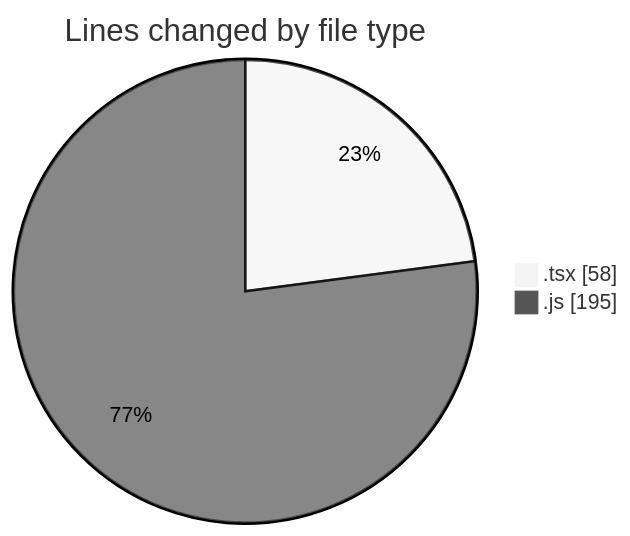
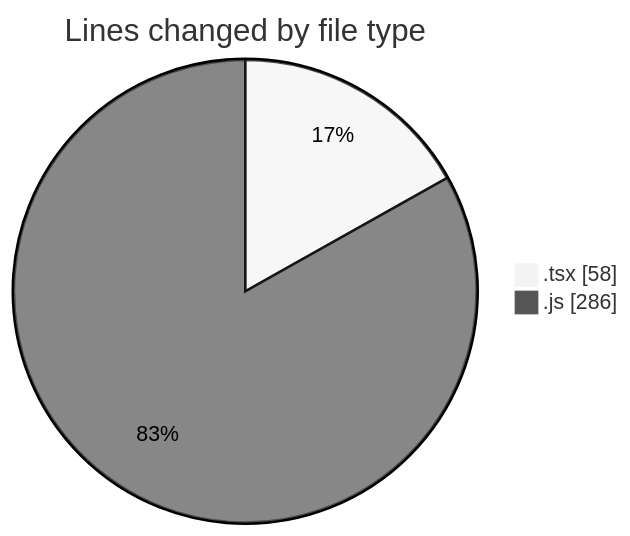
The first of 2 diagrams in 2025-03-07/cda/README.md (momahboobian/code-tracking), drawn with Mermaid (neutral theme) before and after one commit. The commit also changed other lines of this file and 1 other file, not shown here.

````diff
--- a/2025-03-07/cda/README.md
+++ b/2025-03-07/cda/README.md
@@ -21,6 +22,6 @@
 ```mermaid
 pie showData
 title Lines changed by file type
 ".tsx" : 58
-".js" : 195
+".js" : 286
 ```
````
